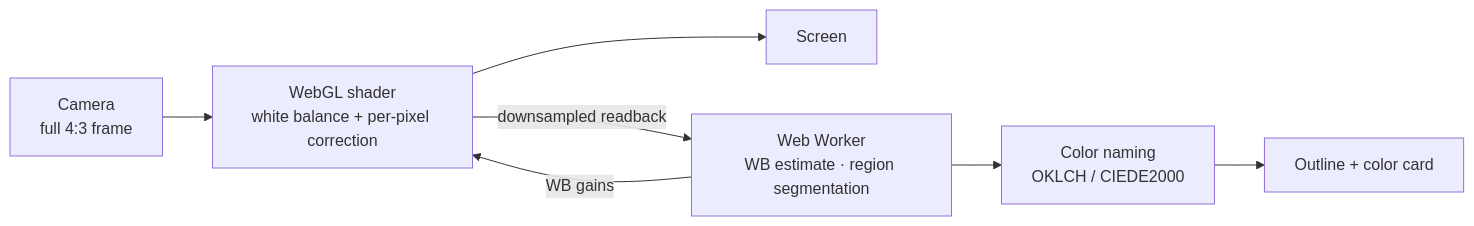
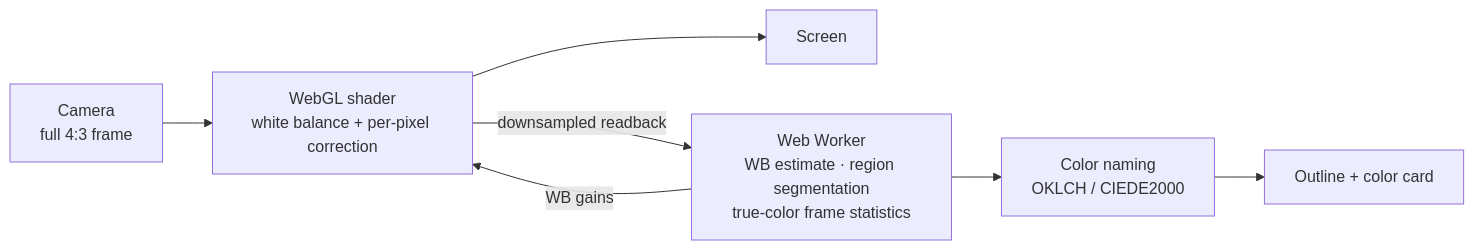
The diagram in README.md (RoryLi98/AnomalousTrichromatismHelper), drawn with Mermaid before and after one commit. The commit also changed other lines of this file and 20 other files, not shown here.

Commit message:
v1.5.0: Real/Screen scenes, guide line, validation, chart detection, shadow/mixed-light/uncertainty, true-color correction

````diff
--- a/README.md
+++ b/README.md
@@ -99,9 +111,9 @@
 ```mermaid
 flowchart LR
     CAM["Camera<br/>full 4:3 frame"] --> GPU["WebGL shader<br/>white balance + per-pixel correction"]
     GPU --> SCR["Screen"]
-    GPU -- "downsampled readback" --> WK["Web Worker<br/>WB estimate · region segmentation"]
+    GPU -- "downsampled readback" --> WK["Web Worker<br/>WB estimate · region segmentation<br/>true-color frame statistics"]
     WK -- "WB gains" --> GPU
     WK --> NAME["Color naming<br/>OKLCH / CIEDE2000"]
     NAME --> UI["Outline + color card"]
 ```
````
